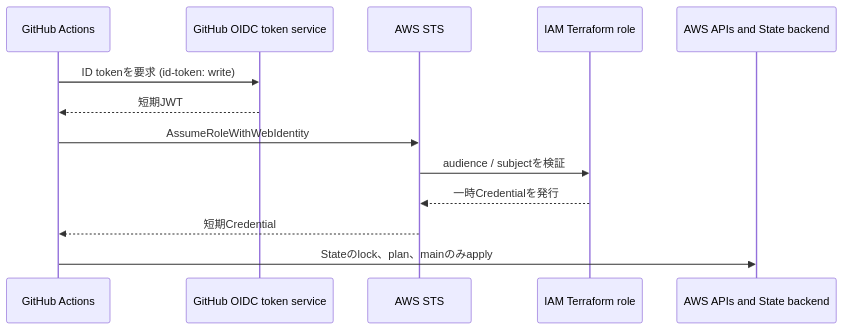
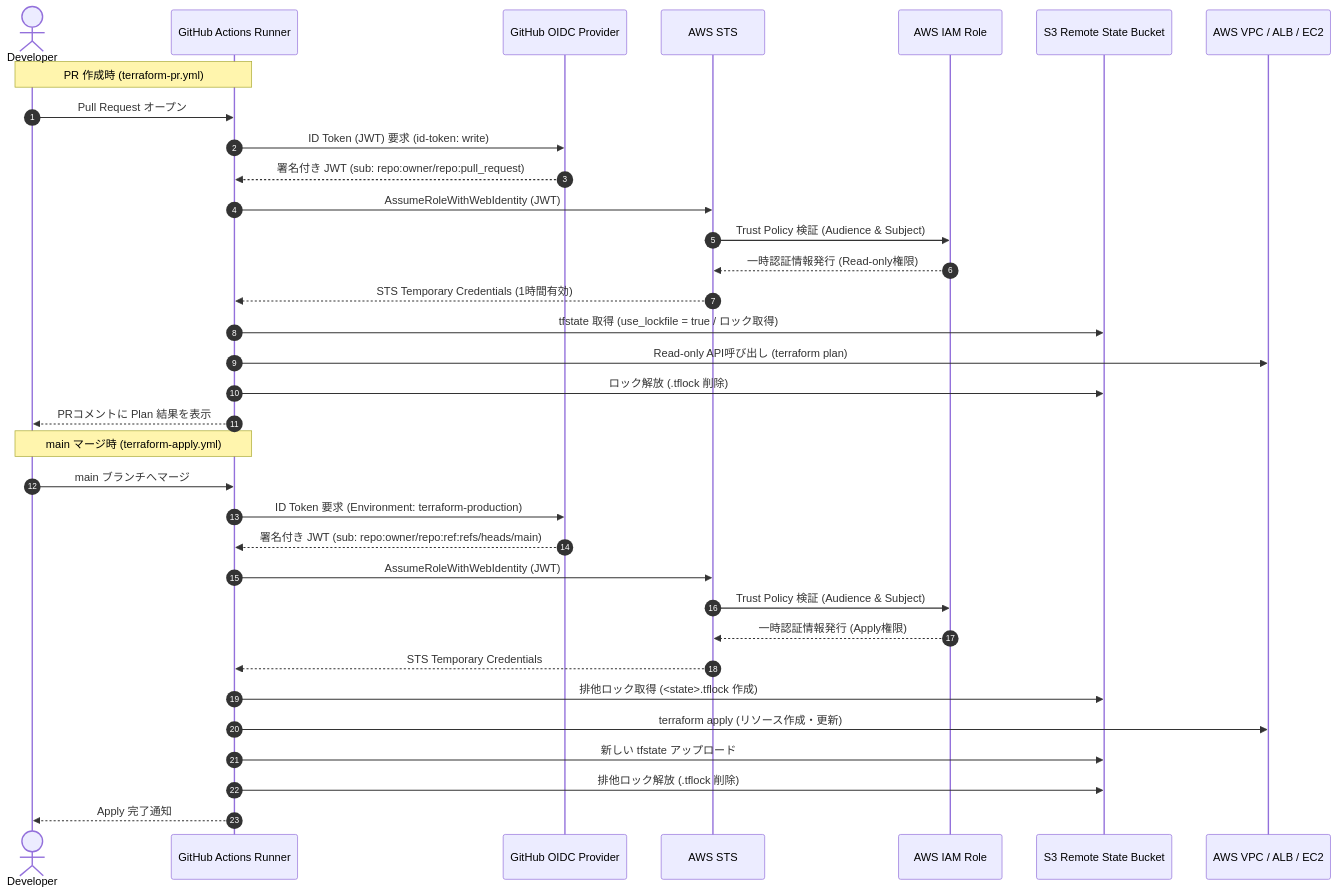
The diagram in docs/07-cicd-oidc-remote-state.md (moruku36/aws-ai-terraform-validation), drawn with Mermaid before and after one commit. The commit also changed other lines of this file and 4 other files, not shown here.

Commit message:
docs: 構成図・シーケンス図・定量評価チャート等の視覚的ドキュメントを追加

````diff
--- a/docs/07-cicd-oidc-remote-state.md
+++ b/docs/07-cicd-oidc-remote-state.md
@@ -32,16 +32,38 @@
 ```mermaid
 sequenceDiagram
-    participant GH as GitHub Actions
-    participant OIDC as GitHub OIDC token service
+    autonumber
+    actor Dev as Developer
+    participant GH as GitHub Actions Runner
+    participant OIDC as GitHub OIDC Provider
     participant STS as AWS STS
-    participant Role as IAM Terraform role
-    participant AWS as AWS APIs and State backend
+    participant IAM as AWS IAM Role
+    participant S3State as S3 Remote State Bucket
+    participant Infra as AWS VPC / ALB / EC2
 
-    GH->>OIDC: ID tokenを要求 (id-token: write)
-    OIDC-->>GH: 短期JWT
-    GH->>STS: AssumeRoleWithWebIdentity
-    STS->>Role: audience / subjectを検証
-    Role-->>STS: 一時Credentialを発行
-    STS-->>GH: 短期Credential
-    GH->>AWS: Stateのlock、plan、mainのみapply
+    Note over Dev,GH: PR 作成時 (terraform-pr.yml)
+    Dev->>GH: Pull Request オープン
+    GH->>OIDC: ID Token (JWT) 要求 (id-token: write)
+    OIDC-->>GH: 署名付き JWT (sub: repo:owner/repo:pull_request)
+    GH->>STS: AssumeRoleWithWebIdentity (JWT)
+    STS->>IAM: Trust Policy 検証 (Audience & Subject)
+    IAM-->>STS: 一時認証情報発行 (Read-only権限)
+    STS-->>GH: STS Temporary Credentials (1時間有効)
+    GH->>S3State: tfstate 取得 (use_lockfile = true / ロック取得)
+    GH->>Infra: Read-only API呼び出し (terraform plan)
+    GH->>S3State: ロック解放 (.tflock 削除)
+    GH-->>Dev: PRコメントに Plan 結果を表示
+
+    Note over Dev,GH: main マージ時 (terraform-apply.yml)
+    Dev->>GH: main ブランチへマージ
+    GH->>OIDC: ID Token 要求 (Environment: terraform-production)
+    OIDC-->>GH: 署名付き JWT (sub: repo:owner/repo:ref:refs/heads/main)
+    GH->>STS: AssumeRoleWithWebIdentity (JWT)
+    STS->>IAM: Trust Policy 検証 (Audience & Subject)
+    IAM-->>STS: 一時認証情報発行 (Apply権限)
+    STS-->>GH: STS Temporary Credentials
+    GH->>S3State: 排他ロック取得 (<state>.tflock 作成)
+    GH->>Infra: terraform apply (リソース作成・更新)
+    GH->>S3State: 新しい tfstate アップロード
+    GH->>S3State: 排他ロック解放 (.tflock 削除)
+    GH-->>Dev: Apply 完了通知
 ```
````
